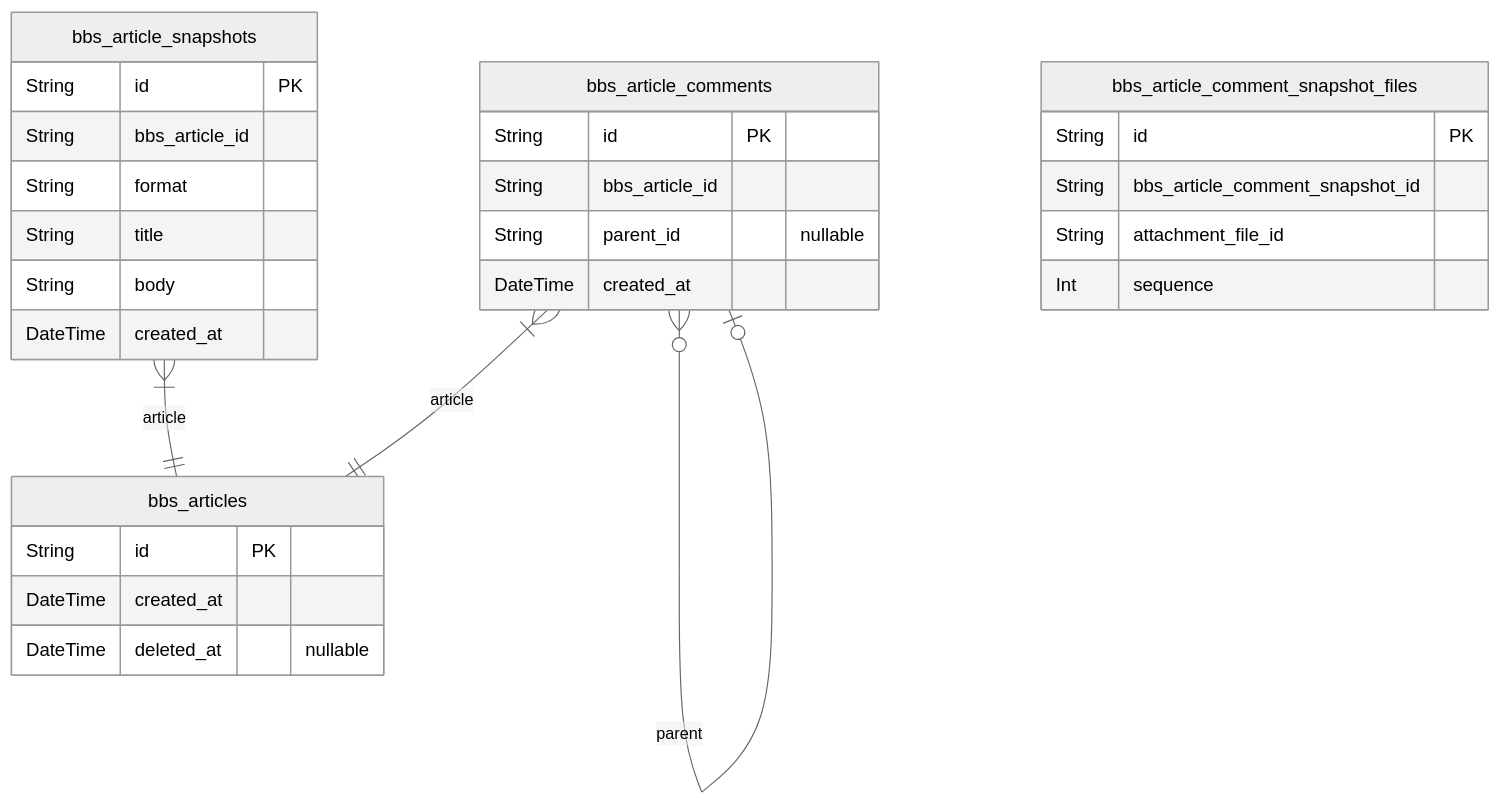
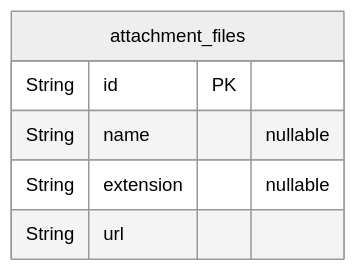
One commit to samchon/prisma-markdown changed the first of 2 diagrams in ERD.md. Above: the diagram before and after it, drawn with Mermaid (neutral theme). The commit also changed other lines of this file and 6 other files, not shown here.

````diff
--- a/ERD.md
+++ b/ERD.md
@@ -182,31 +5,9 @@
 ```mermaid
 erDiagram
-bbs_articles {
+attachment_files {
     String id PK
-    DateTime created_at
-    DateTime deleted_at "nullable"
+    String name "nullable"
+    String extension "nullable"
+    String url
 }
-bbs_article_snapshots {
-    String id PK
-    String bbs_article_id
-    String format
-    String title
-    String body
-    DateTime created_at
-}
-bbs_article_comments {
-    String id PK
-    String bbs_article_id
-    String parent_id "nullable"
-    DateTime created_at
-}
-bbs_article_comment_snapshot_files {
-    String id PK
-    String bbs_article_comment_snapshot_id
-    String attachment_file_id
-    Int sequence
-}
-bbs_article_snapshots }|--|| bbs_articles : article
-bbs_article_comments }|--|| bbs_articles : article
-bbs_article_comments }o--o| bbs_article_comments : parent
 ```
````
